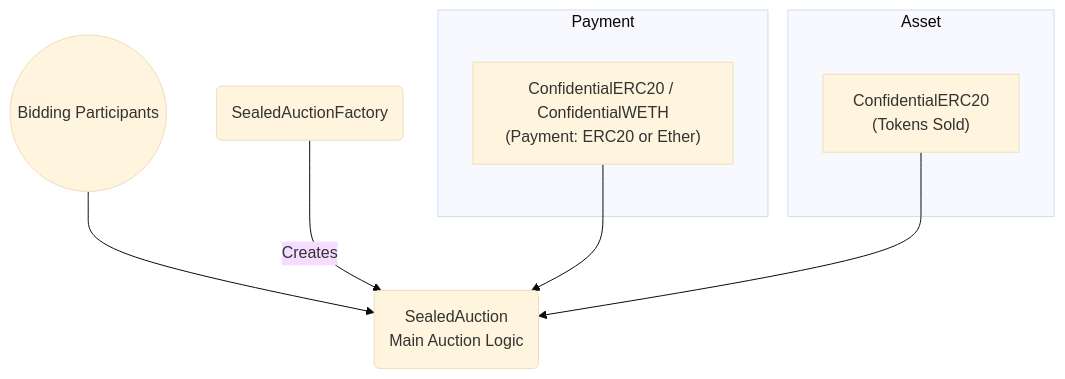
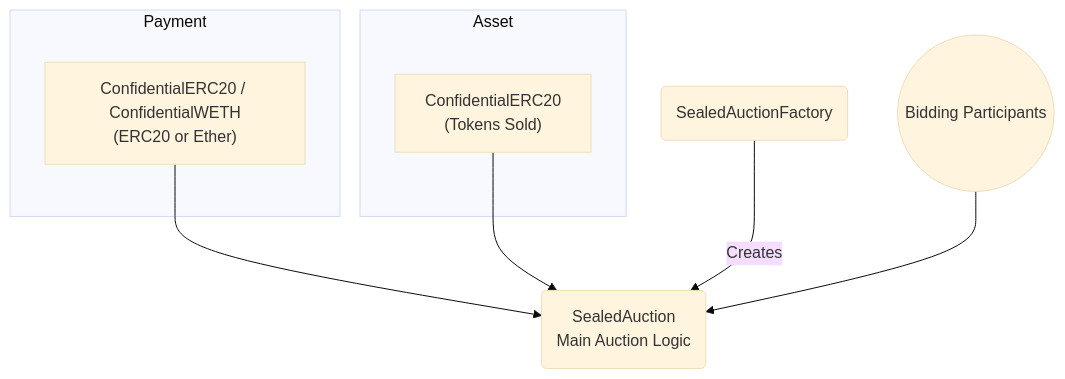
Before and after one commit to El-hacen21/sealed-auction: the diagram in README.md, drawn with Mermaid (base theme).

Commit message:
readme >> update global architecture

````diff
--- a/README.md
+++ b/README.md
@@ -50,26 +50,28 @@
 ```mermaid
 flowchart TB
     %% Define subgraphs for clarity
     subgraph Payment
-        C1["ConfidentialERC20 / ConfidentialWETH<br>(Payment: ERC20 or Ether)"]
+        C1["ConfidentialERC20 / ConfidentialWETH<br>(ERC20 or Ether)"]
     end
 
     subgraph Asset
         A1["ConfidentialERC20<br>(Tokens Sold)"]
     end
 
-    %% Main participants
+    %% Layer 1: Factory
+    SealedAuctionFactory("SealedAuctionFactory")
     
-    SealedAuctionFactory("SealedAuctionFactory")
+    %% Layer 2: Auction
     SealedAuction("SealedAuction<br>Main Auction Logic")
-
-    %% Diagram connections
-    BiddingParticipants --> SealedAuction
-    SealedAuctionFactory -->|Creates | SealedAuction
-
-    %% Tokens/Assets flow into SealedAuction
+    
+    %% Layer 3: Bidding Participants
+    BiddingParticipants(("Bidding Participants"))
+    
+    %% Layer 4: Token Deposits
     C1 --> SealedAuction
     A1 --> SealedAuction
 
-    BiddingParticipants(("Bidding Participants"))
+    %% Diagram connections
+    SealedAuctionFactory -->|"Creates"| SealedAuction
+    BiddingParticipants --> SealedAuction
 ```
````
